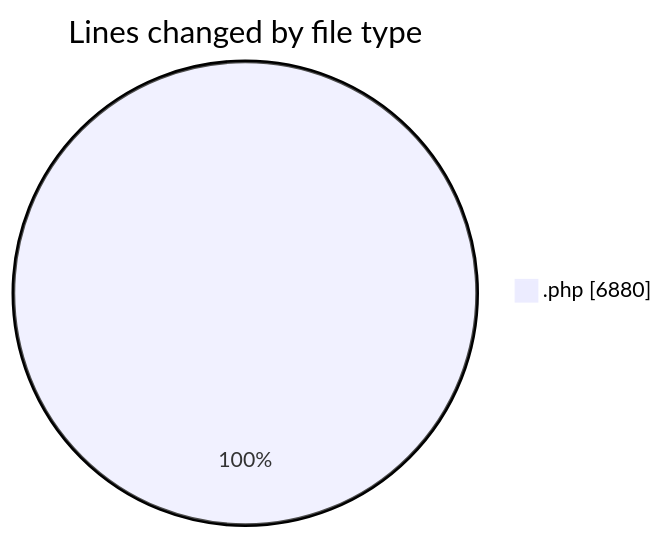
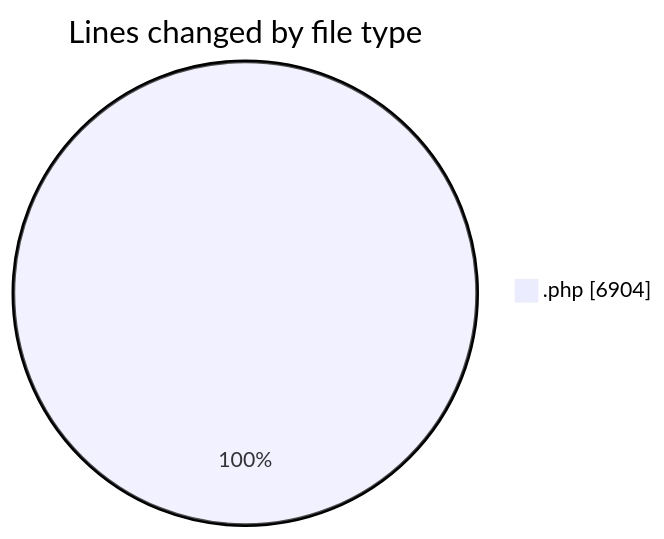
Before and after one commit to debugP/code-tracking: the first of 2 diagrams in 2025-10-03/untitled__workspace_/README.md, drawn with Mermaid. The commit also changed other lines of this file and 1 other file, not shown here.

````diff
--- a/2025-10-03/untitled__workspace_/README.md
+++ b/2025-10-03/untitled__workspace_/README.md
@@ -23,5 +23,5 @@
 ```mermaid
 pie showData
 title Lines changed by file type
-".php" : 6880
+".php" : 6904
 ```
````
